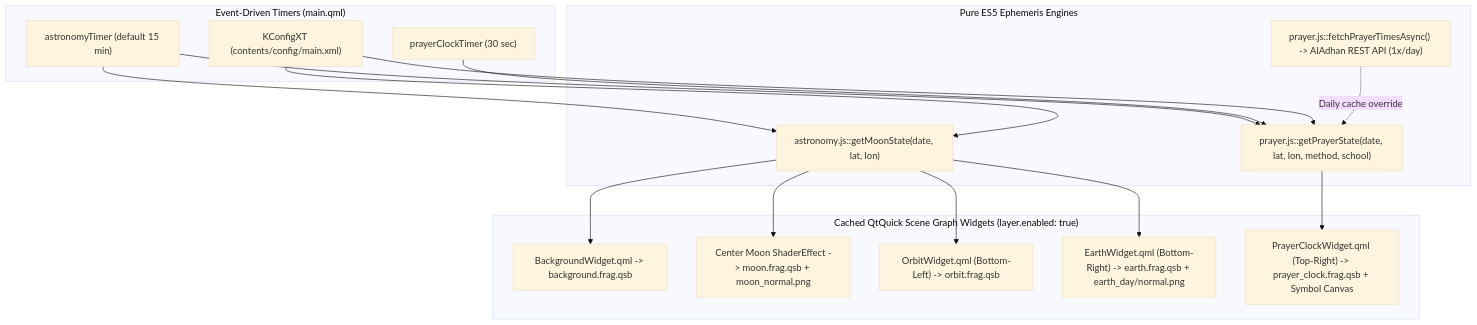
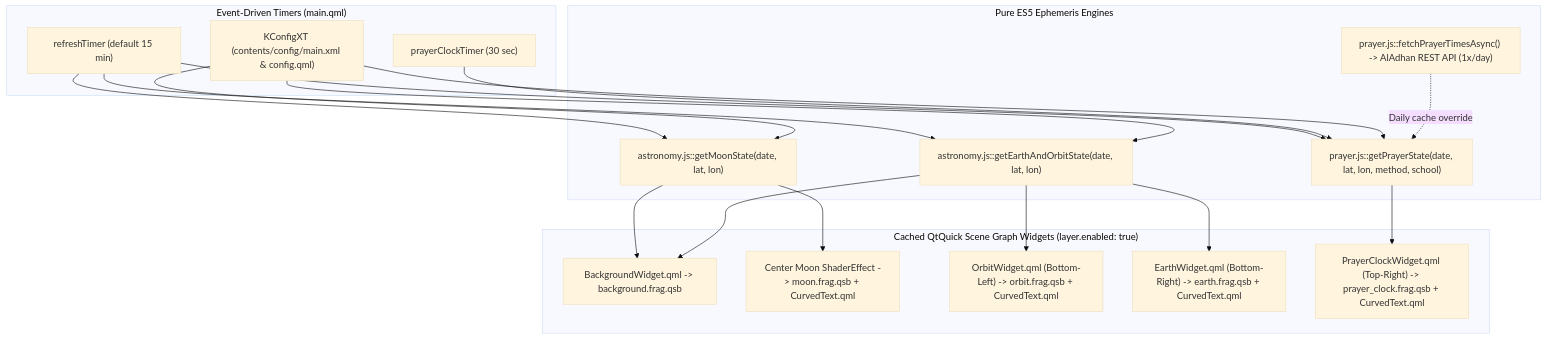
Before and after one commit to hadealahmad/kde-moonphase-wallpaper: the diagram in README.md, drawn with Mermaid (base theme). The commit also changed other lines of this file, not shown here.

Commit message:
docs(readme): document CurvedText, crisp anti-aliased rings, transparent prayer ring, and redesigned settings UI

````diff
--- a/README.md
+++ b/README.md
@@ -97,35 +110,39 @@
 ```mermaid
 graph TD
     subgraph Timers["Event-Driven Timers (main.qml)"]
-        T15["astronomyTimer (default 15 min)"]
+        T15["refreshTimer (default 15 min)"]
         T30["prayerClockTimer (30 sec)"]
-        CFG["KConfigXT (contents/config/main.xml)"]
+        CFG["KConfigXT (contents/config/main.xml & config.qml)"]
     end
 
     subgraph Ephemeris["Pure ES5 Ephemeris Engines"]
         AST["astronomy.js::getMoonState(date, lat, lon)"]
+        ORB["astronomy.js::getEarthAndOrbitState(date, lat, lon)"]
         PRY["prayer.js::getPrayerState(date, lat, lon, method, school)"]
         API["prayer.js::fetchPrayerTimesAsync() -> AlAdhan REST API (1x/day)"]
     end
 
     subgraph Widgets["Cached QtQuick Scene Graph Widgets (layer.enabled: true)"]
         BG["BackgroundWidget.qml -> background.frag.qsb"]
-        MN["Center Moon ShaderEffect -> moon.frag.qsb + moon_normal.png"]
-        OR["OrbitWidget.qml (Bottom-Left) -> orbit.frag.qsb"]
-        EA["EarthWidget.qml (Bottom-Right) -> earth.frag.qsb + earth_day/normal.png"]
-        PC["PrayerClockWidget.qml (Top-Right) -> prayer_clock.frag.qsb + Symbol Canvas"]
+        MN["Center Moon ShaderEffect -> moon.frag.qsb + CurvedText.qml"]
+        OR["OrbitWidget.qml (Bottom-Left) -> orbit.frag.qsb + CurvedText.qml"]
+        EA["EarthWidget.qml (Bottom-Right) -> earth.frag.qsb + CurvedText.qml"]
+        PC["PrayerClockWidget.qml (Top-Right) -> prayer_clock.frag.qsb + CurvedText.qml"]
     end
 
     T15 --> AST
+    T15 --> ORB
     T15 --> PRY
     T30 --> PRY
     CFG --> AST
+    CFG --> ORB
     CFG --> PRY
     API -. "Daily cache override" .-> PRY
 
     AST --> BG
+    ORB --> BG
     AST --> MN
-    AST --> OR
-    AST --> EA
+    ORB --> OR
+    ORB --> EA
     PRY --> PC
 ```
````
